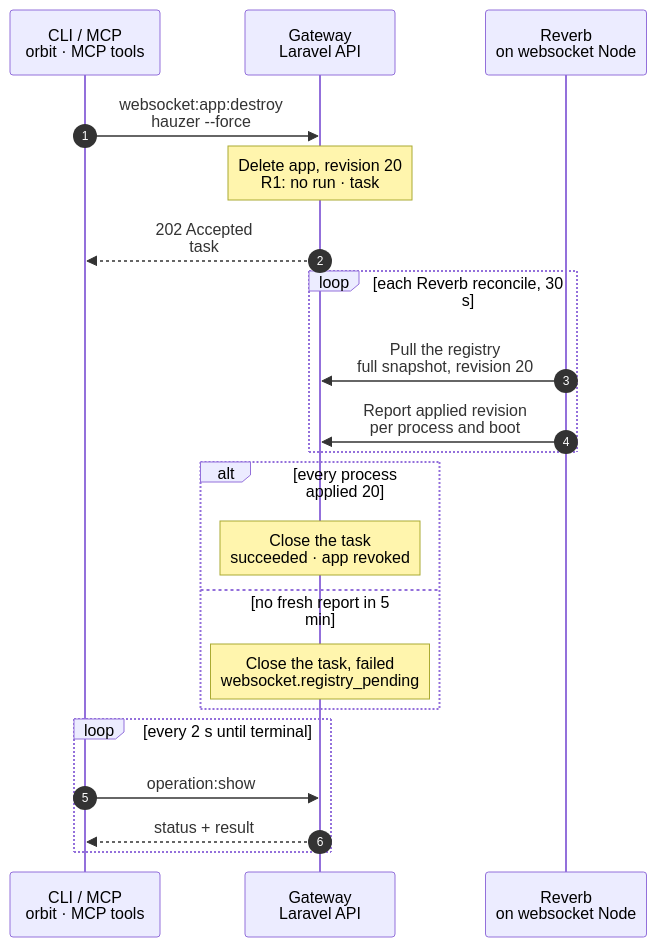
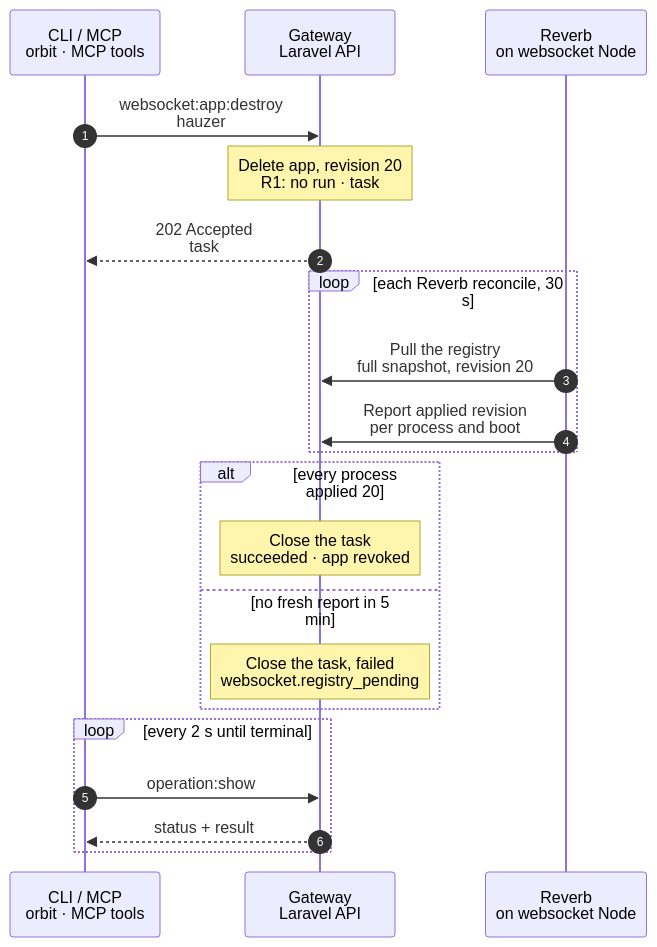
One commit to hardimpactdev/orbit changed the diagram in docs/cli/websocket/app-destroy.mmd. Above: the diagram before and after it, drawn with Mermaid. The commit also changed 9 other files, not shown here.

Commit message:
docs(tool,vault,websocket): draw required parameters on the main path (flow rule 23)

```diff
--- a/docs/cli/websocket/app-destroy.mmd
+++ b/docs/cli/websocket/app-destroy.mmd
@@ -1,70 +1,70 @@
 sequenceDiagram
   %% Target design: ADR 0244 task; DECISIONS R1 + round 2 websocket.sync (no Swamp run, the Gateway closes the task from Reverb's own reports). docs/reference/websocket-apps.md.
   %% status: migrated
   %% command: websocket:app:destroy
   %% kind: websocket.app_destroy
   autonumber
   %% lane CLI icon=terminal pill=caller tone=gray
   %% lane GW icon=gateway pill=intent tone=blue
   %% lane N icon=server pill=target tone=amber
   participant CLI as CLI / MCP<br/>orbit · MCP tools
   participant GW as Gateway<br/>Laravel API
   participant N as Reverb<br/>on websocket Node
-  CLI->>GW: websocket:app:destroy<br/>hauzer --force
+  CLI->>GW: websocket:app:destroy<br/>hauzer
   %%> Command:
   %%> - `orbit websocket:app:destroy hauzer --force`
   %%> - syntax: `<name> [--force] [--operation-key=KEY] [--json]`
   %%> Confirmation:
   %%> - without `--force`, the CLI asks first; the default is No
   %%> - without a terminal, or with `--json`, `--force` is required (`websocket.confirmation_required`)
   %%> Who can call it:
   %%> - the `orbit` CLI and the MCP tool send the same request
   Note over GW: Delete app, revision 20<br/>R1: no run · task #5151
   %%> Requirements:
   %%> - the app is not `gateway` (`websocket.app_reserved`)
   %%> - no Instance uses the app (`websocket.app_in_use`); remove it with `instance:websocket:remove` first
   %%> What it does:
   %%> - deletes the app and its encrypted secret, and saves registry revision 20, in one transaction
   %%> - records task #5151, which waits for revision 20
   %%> Why no Swamp run:
   %%> - nothing has to be done on a Node; Reverb pulls the registry itself (R1)
   GW-->>CLI: 202 Accepted<br/>task #5151
   %%> What you get:
   %%> - the task number, at once
   %%> Next:
   %%> - the CLI follows the task with `operation:show`
   loop each Reverb reconcile, 30 s
     N->>GW: Pull the registry<br/>full snapshot, revision 20
     %%> What it does:
     %%> - every Reverb process fetches the full snapshot on its own 30-second reconcile
     %%> - it stops accepting the app and closes only that app's sockets with code `4001`
     %%> - other apps keep their connections; Reverb does not restart
     N->>GW: Report applied revision<br/>per process and boot
     %%> What it does:
     %%> - each process reports the revision it applied, with its boot identity
     %%> Why:
     %%> - the app only counts as gone when no serving process accepts it anymore
   end
   alt every process applied 20
     Note over GW: Close the task<br/>succeeded · app revoked
     %%> Result:
     %%> - no serving Reverb process accepts the app
     %%> - task #5151 succeeds
   else no fresh report in 5 min
     Note over GW: Close the task, failed<br/>websocket.registry_pending
     %%> When:
     %%> - a serving process is stale or missing
     %%> Result:
     %%> - task #5151 fails; the app stays deleted in the Gateway
     %%> - a process that still runs an older snapshot may accept the app until it reconciles; status reports show the pending revocation
     %%> Retry:
     %%> - run `websocket:sync` after the fix
   end
   loop every 2 s until terminal
     CLI->>GW: operation:show #5151
     %%> What it does:
     %%> - asks for the task's status every 2 seconds until it has ended
     GW-->>CLI: status + result
     %%> Returns:
     %%> - the current status, and the result once the task has ended
   end
```
